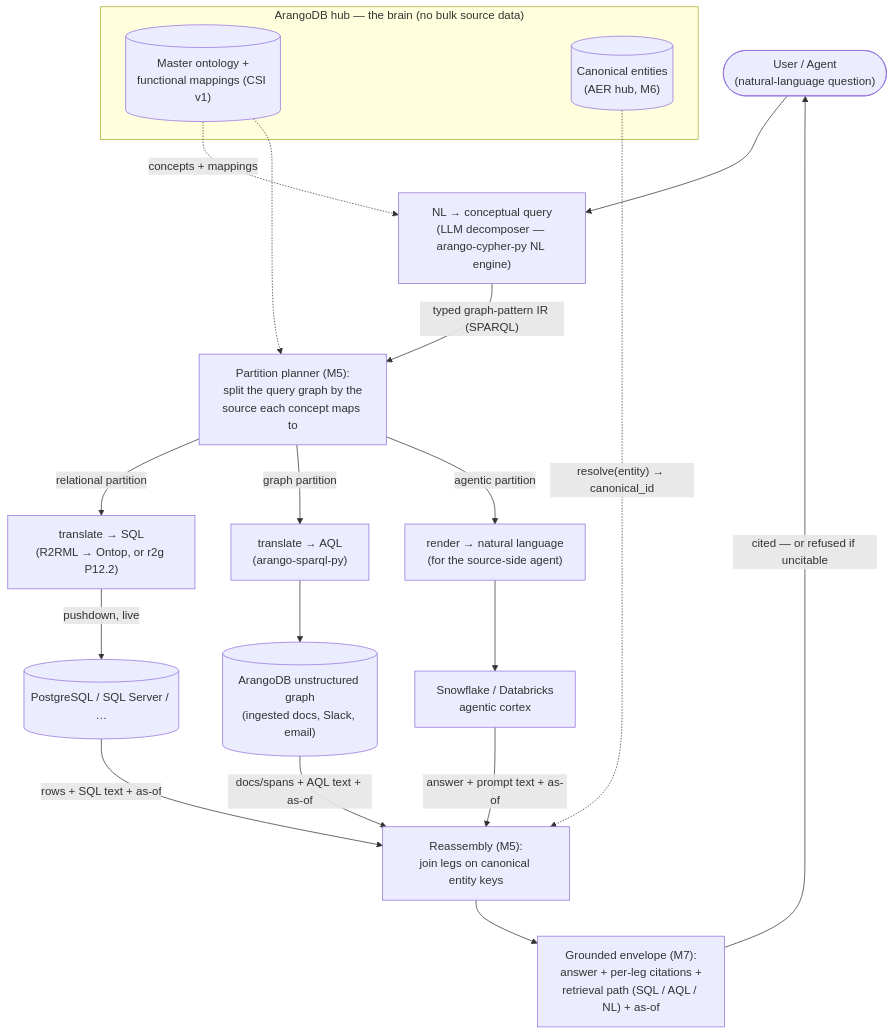
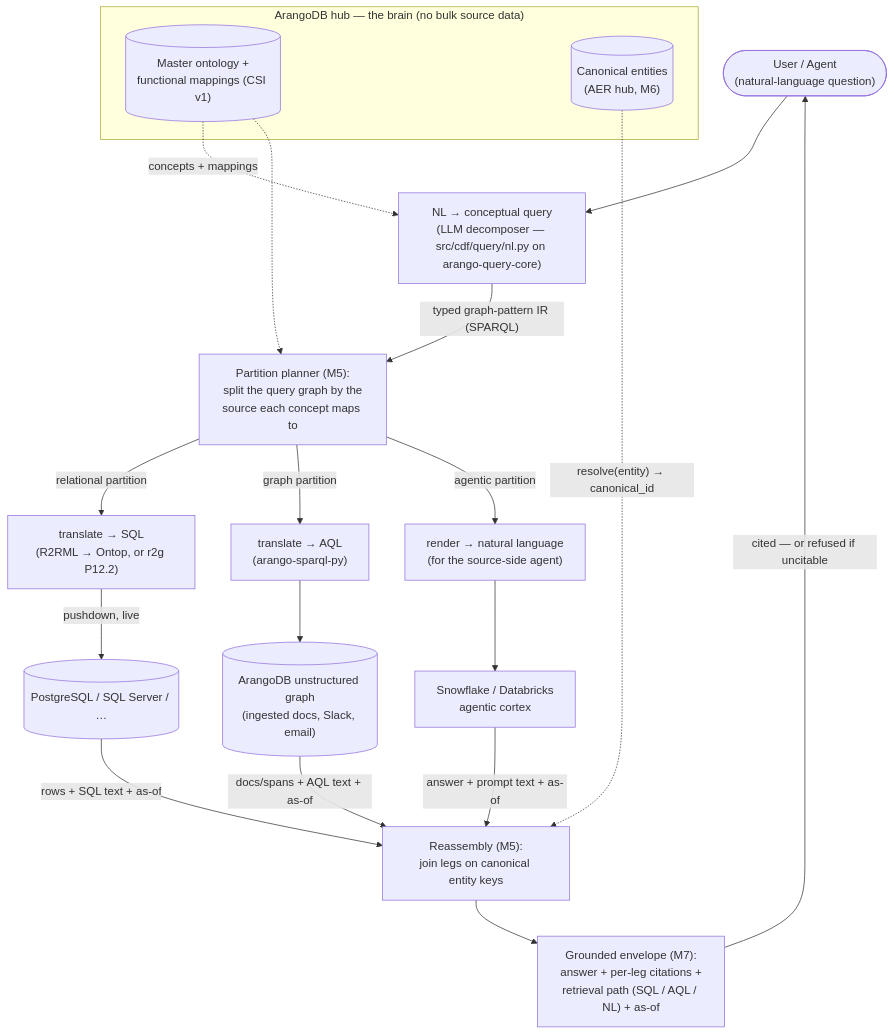
Before and after one commit to ArthurKeen/contextual-data-fabric: the first of 2 diagrams in README.md, drawn with Mermaid. The commit also changed other lines of this file and 10 other files, not shown here.

````diff
--- a/README.md
+++ b/README.md
@@ -118,30 +118,30 @@
 ```mermaid
 flowchart TB
     U(["User / Agent<br/>(natural-language question)"])
-    U --> NLE["NL → conceptual query<br/>(LLM decomposer — arango-cypher-py NL engine)"]
+    U --> NLE["NL → conceptual query<br/>(LLM decomposer — src/cdf/query/nl.py on arango-query-core)"]
 
     subgraph HUB["ArangoDB hub — the brain (no bulk source data)"]
         ONT[("Master ontology +<br/>functional mappings (CSI v1)")]
         CAN[("Canonical entities<br/>(AER hub, M6)")]
     end
 
     ONT -.->|"concepts + mappings"| NLE
     NLE -->|"typed graph-pattern IR (SPARQL)"| PLAN["Partition planner (M5):<br/>split the query graph by the<br/>source each concept maps to"]
     ONT -.-> PLAN
 
     PLAN -->|"relational partition"| TSQL["translate → SQL<br/>(R2RML → Ontop, or r2g P12.2)"]
     PLAN -->|"graph partition"| TAQL["translate → AQL<br/>(arango-sparql-py)"]
     PLAN -->|"agentic partition"| TNLQ["render → natural language<br/>(for the source-side agent)"]
 
     TSQL -->|"pushdown, live"| PG[("PostgreSQL / SQL Server / …")]
     TAQL --> ADB[("ArangoDB unstructured graph<br/>(ingested docs, Slack, email)")]
     TNLQ --> CTX["Snowflake / Databricks<br/>agentic cortex"]
 
     PG -->|"rows + SQL text + as-of"| ASM
     ADB -->|"docs/spans + AQL text + as-of"| ASM
     CTX -->|"answer + prompt text + as-of"| ASM["Reassembly (M5):<br/>join legs on canonical entity keys"]
     CAN -.->|"resolve(entity) → canonical_id"| ASM
 
     ASM --> ENV["Grounded envelope (M7):<br/>answer + per-leg citations +<br/>retrieval path (SQL / AQL / NL) + as-of"]
     ENV -->|"cited — or refused if uncitable"| U
 ```
````
